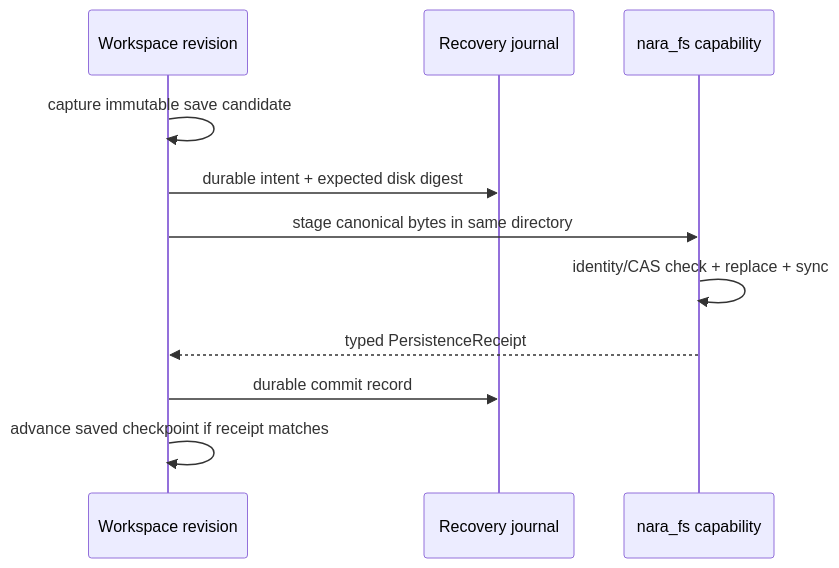
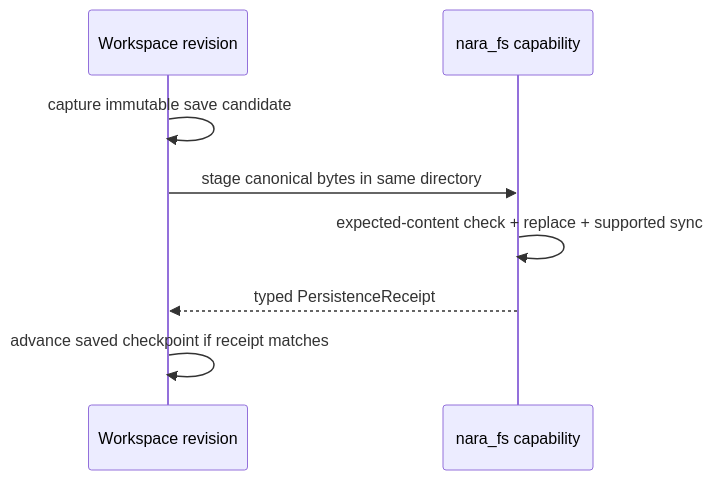
The first of 2 diagrams in docs/architecture/adr/0091-editor-persistence-recovery-and-concurrent-writer-policy.md (Latias94/nara), drawn with Mermaid before and after one commit. The commit also changed other lines of this file and 39 other files, not shown here.

First line of the commit message:
docs(architecture): rebaseline foundation and extension design

````diff
--- a/docs/architecture/adr/0091-editor-persistence-recovery-and-concurrent-writer-policy.md
+++ b/docs/architecture/adr/0091-editor-persistence-recovery-and-concurrent-writer-policy.md
@@ -37,13 +44,10 @@
 ```mermaid
 sequenceDiagram
     participant W as Workspace revision
-    participant J as Recovery journal
     participant F as nara_fs capability
     W->>W: capture immutable save candidate
-    W->>J: durable intent + expected disk digest
     W->>F: stage canonical bytes in same directory
-    F->>F: identity/CAS check + replace + sync
+    F->>F: expected-content check + replace + supported sync
     F-->>W: typed PersistenceReceipt
-    W->>J: durable commit record
     W->>W: advance saved checkpoint if receipt matches
 ```
````
